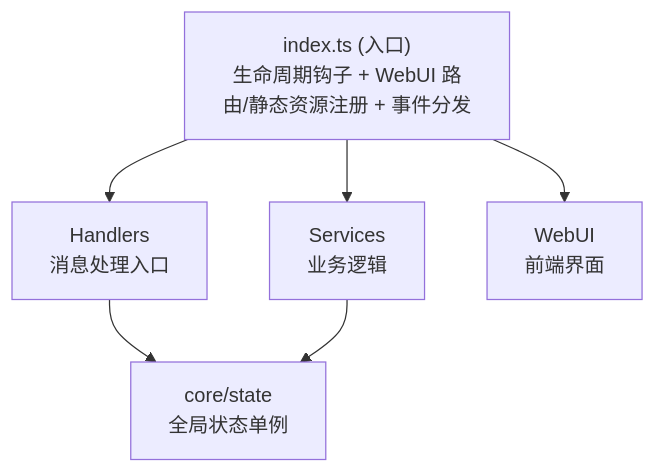
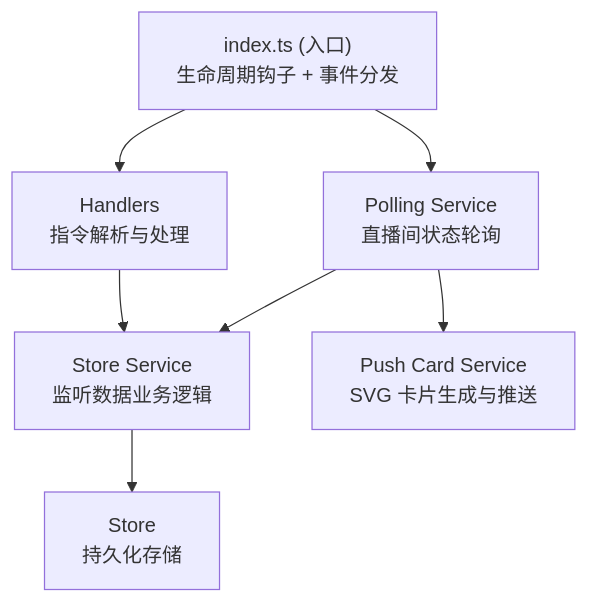
The diagram in README.md (AliubYiero/napcat-plugin-bilibili-monitor), drawn with Mermaid before and after one commit. The commit also changed other lines of this file, not shown here.

````diff
--- a/README.md
+++ b/README.md
@@ -162,9 +142,10 @@
 ```mermaid
 graph TD
-    Entry["index.ts (入口)<br/>生命周期钩子 + WebUI 路由/静态资源注册 + 事件分发"]
-    Entry --> Handlers["Handlers<br/>消息处理入口"]
-    Entry --> Services["Services<br/>业务逻辑"]
-    Entry --> WebUI["WebUI<br/>前端界面"]
-    Handlers --> State["core/state<br/>全局状态单例"]
-    Services --> State
+    Entry["index.ts (入口)<br/>生命周期钩子 + 事件分发"]
+    Entry --> Handlers["Handlers<br/>指令解析与处理"]
+    Entry --> Polling["Polling Service<br/>直播间状态轮询"]
+    Handlers --> StoreService["Store Service<br/>监听数据业务逻辑"]
+    Polling --> StoreService
+    StoreService --> Store["Store<br/>持久化存储"]
+    Polling --> PushCard["Push Card Service<br/>SVG 卡片生成与推送"]
 ```
````
